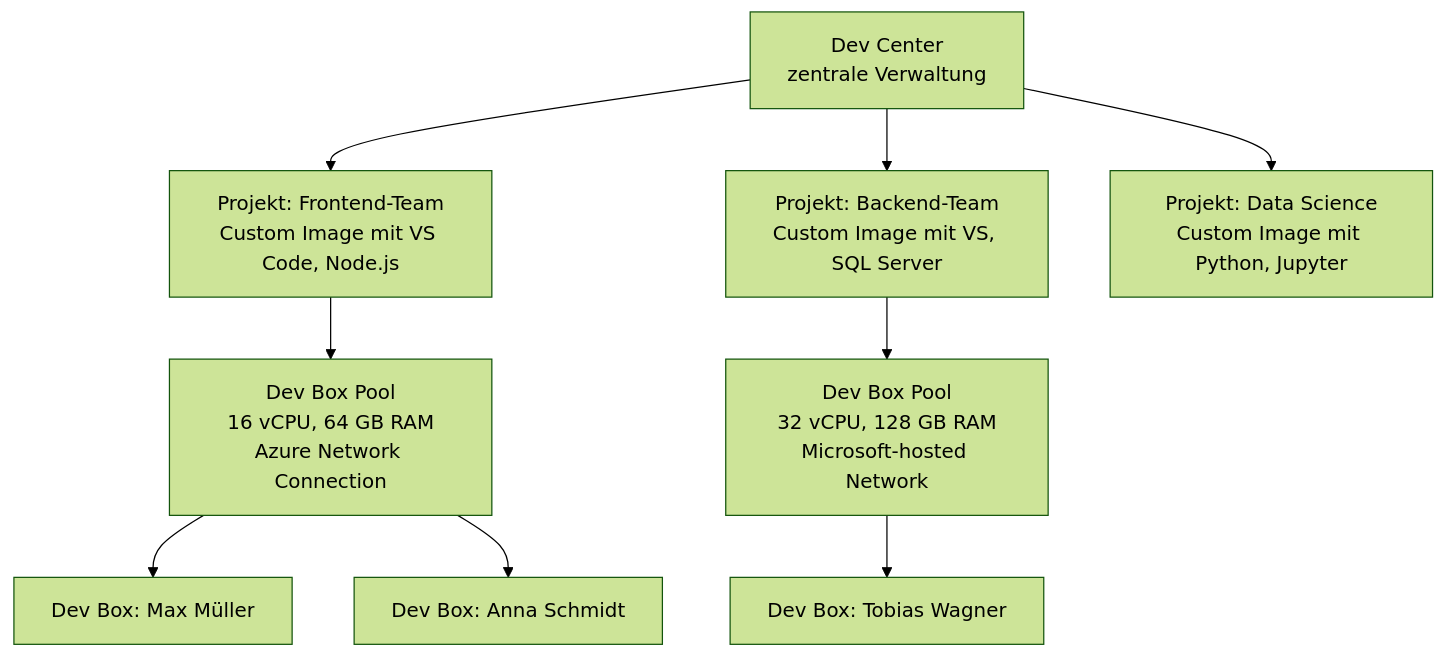
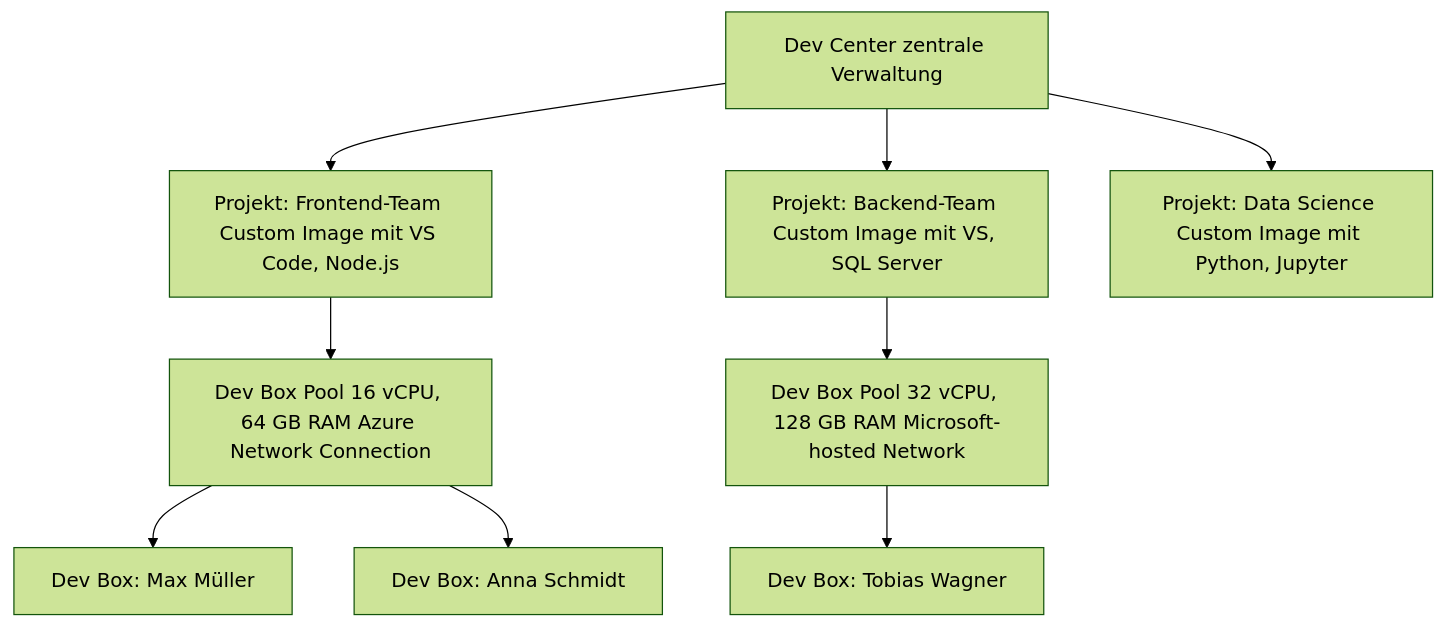
Before and after one commit to SoniiiT/notes-n-docs: the first of 2 diagrams in Microsoft 365/Intune Suite/Microsoft Dev Box.md, drawn with Mermaid (forest theme). The commit also changed other lines of this file and 124 other files, not shown here.

First line of the commit message:
fix: Entferne \n aus allen Mermaid-Diagrammen (125 Dateien)

````diff
--- a/Microsoft 365/Intune Suite/Microsoft Dev Box.md
+++ b/Microsoft 365/Intune Suite/Microsoft Dev Box.md
@@ -34,13 +34,13 @@
 ```mermaid
 graph TD
-    DEV_CENTER[Dev Center\nzentrale Verwaltung] --> PROJECT1[Projekt: Frontend-Team\nCustom Image mit VS Code, Node.js]
-    DEV_CENTER --> PROJECT2[Projekt: Backend-Team\nCustom Image mit VS, SQL Server]
-    DEV_CENTER --> PROJECT3[Projekt: Data Science\nCustom Image mit Python, Jupyter]
+    DEV_CENTER[Dev Center zentrale Verwaltung] --> PROJECT1[Projekt: Frontend-Team Custom Image mit VS Code, Node.js]
+    DEV_CENTER --> PROJECT2[Projekt: Backend-Team Custom Image mit VS, SQL Server]
+    DEV_CENTER --> PROJECT3[Projekt: Data Science Custom Image mit Python, Jupyter]
     
-    PROJECT1 --> POOL1[Dev Box Pool\n16 vCPU, 64 GB RAM\nAzure Network Connection]
-    PROJECT2 --> POOL2[Dev Box Pool\n32 vCPU, 128 GB RAM\nMicrosoft-hosted Network]
+    PROJECT1 --> POOL1[Dev Box Pool 16 vCPU, 64 GB RAM Azure Network Connection]
+    PROJECT2 --> POOL2[Dev Box Pool 32 vCPU, 128 GB RAM Microsoft-hosted Network]
     
     POOL1 --> DB1[Dev Box: Max Müller]
     POOL1 --> DB2[Dev Box: Anna Schmidt]
     POOL2 --> DB3[Dev Box: Tobias Wagner]
 ```
````
